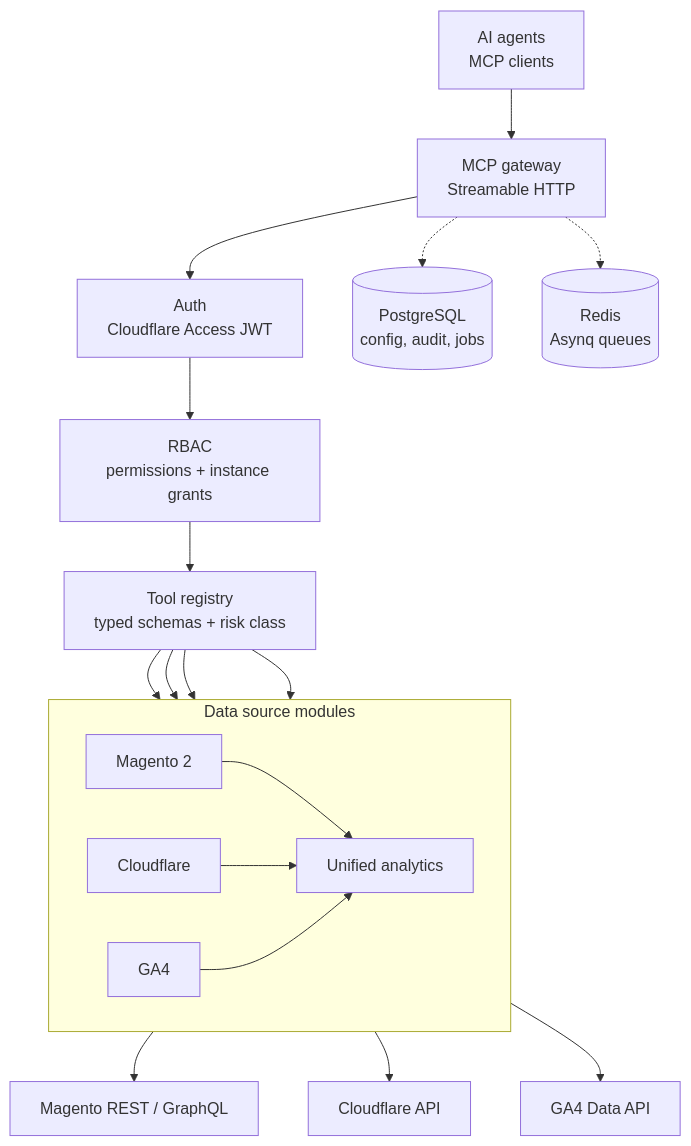
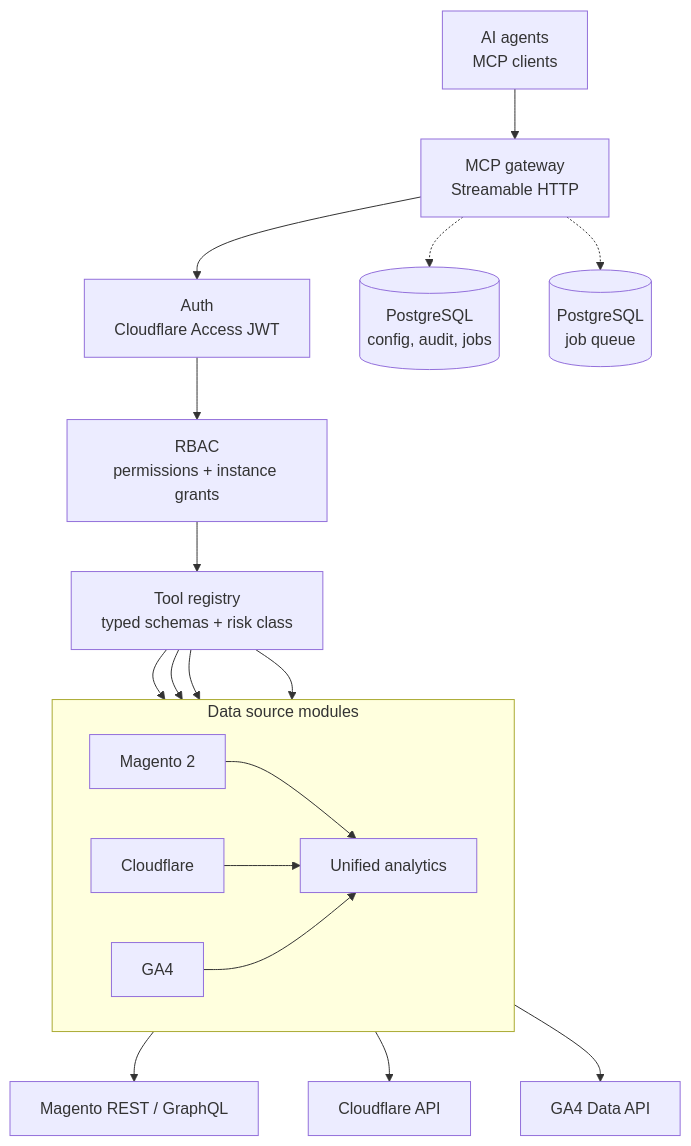
One commit to shuaiZend/mage2mcp changed the diagram in README.md. Above: the diagram before and after it, drawn with Mermaid. The commit also changed other lines of this file and 25 other files, not shown here.

First line of the commit message:
feat: replace Redis/Asynq with a PostgreSQL job queue (#42)

````diff
--- a/README.md
+++ b/README.md
@@ -129,26 +129,26 @@
 ```mermaid
 flowchart TB
   agents["AI agents<br/>MCP clients"] --> gateway["MCP gateway<br/>Streamable HTTP"]
   gateway --> auth["Auth<br/>Cloudflare Access JWT"]
   auth --> rbac["RBAC<br/>permissions + instance grants"]
   rbac --> registry["Tool registry<br/>typed schemas + risk class"]
   subgraph modules["Data source modules"]
     direction LR
     magento["Magento 2"]
     cloudflare["Cloudflare"]
     ga4["GA4"]
     unified["Unified analytics"]
   end
   registry --> magento
   registry --> cloudflare
   registry --> ga4
   registry --> unified
   magento --> unified
   cloudflare --> unified
   ga4 --> unified
   magento --> mageapi["Magento REST / GraphQL"]
   cloudflare --> cfapi["Cloudflare API"]
   ga4 --> gaapi["GA4 Data API"]
   gateway -.-> pg[("PostgreSQL<br/>config, audit, jobs")]
-  gateway -.-> redis[("Redis<br/>Asynq queues")]
+  gateway -.-> pgjobs[("PostgreSQL<br/>job queue")]
 ```
````
